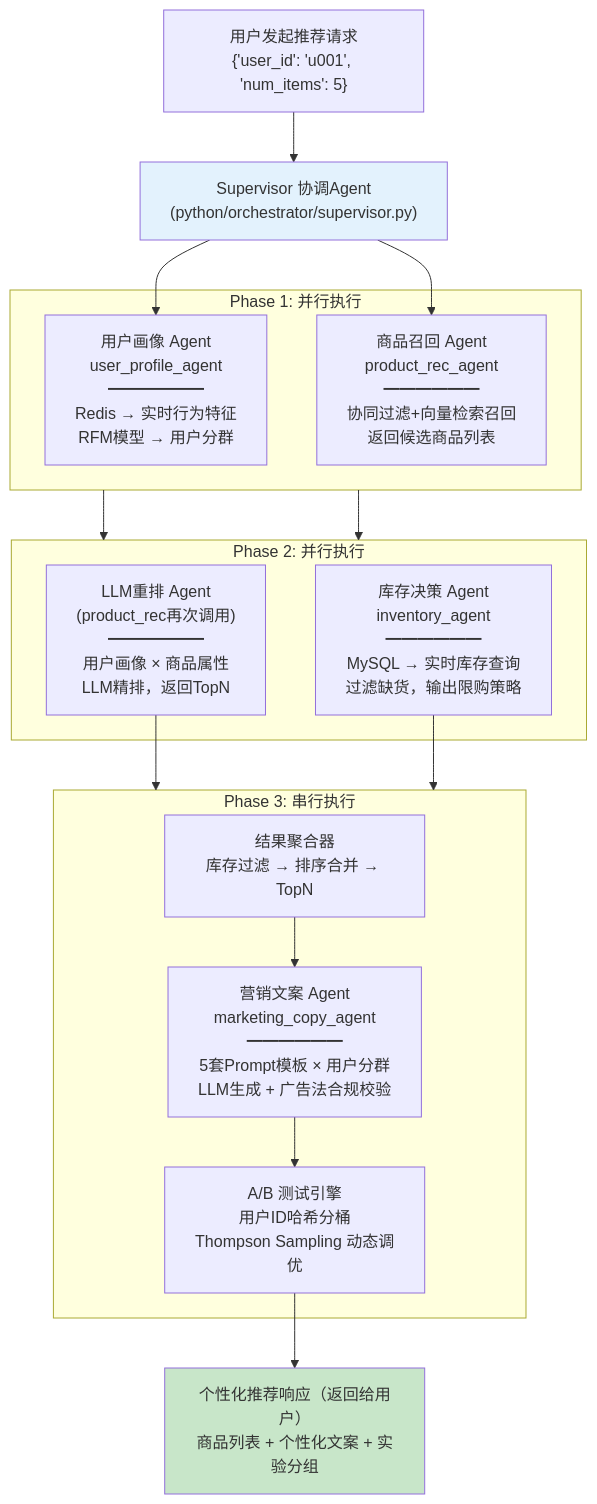
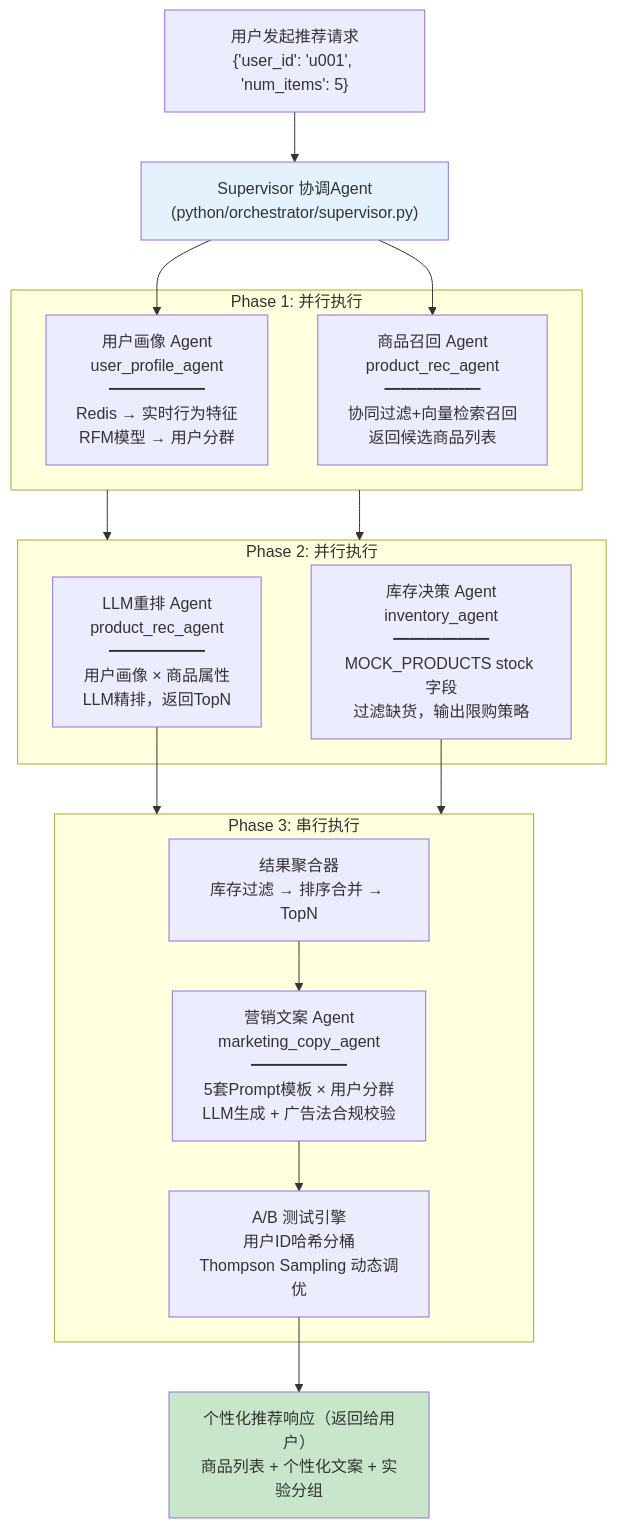
Before and after one commit to heyheyHazel/Multi-Agent-Ecommerce-System: the third of 5 diagrams in README.md, drawn with Mermaid. The commit also changed other lines of this file and 2181 other files, not shown here.

````diff
--- a/README.md
+++ b/README.md
@@ -49,35 +117,35 @@
 ```mermaid
 graph TB
     USER["用户发起推荐请求<br/>{'user_id': 'u001', 'num_items': 5}"]
     USER --> SUP["Supervisor 协调Agent<br/>(python/orchestrator/supervisor.py)"]
 
     subgraph P1["Phase 1: 并行执行"]
         PROFILE["用户画像 Agent<br/>user_profile_agent<br/>━━━━━━<br/>Redis → 实时行为特征<br/>RFM模型 → 用户分群"]
         RECALL["商品召回 Agent<br/>product_rec_agent<br/>━━━━━━<br/>协同过滤+向量检索召回<br/>返回候选商品列表"]
     end
 
     subgraph P2["Phase 2: 并行执行"]
-        RERANK["LLM重排 Agent<br/>(product_rec再次调用)<br/>━━━━━━<br/>用户画像 × 商品属性<br/>LLM精排，返回TopN"]
-        INVENTORY["库存决策 Agent<br/>inventory_agent<br/>━━━━━━<br/>MySQL → 实时库存查询<br/>过滤缺货，输出限购策略"]
+        RERANK["LLM重排 Agent<br/>product_rec_agent<br/>━━━━━━<br/>用户画像 × 商品属性<br/>LLM精排，返回TopN"]
+        INVENTORY["库存决策 Agent<br/>inventory_agent<br/>━━━━━━<br/>MOCK_PRODUCTS stock 字段<br/>过滤缺货，输出限购策略"]
     end
 
     subgraph P3["Phase 3: 串行执行"]
         AGG["结果聚合器<br/>库存过滤 → 排序合并 → TopN"]
         COPY["营销文案 Agent<br/>marketing_copy_agent<br/>━━━━━━<br/>5套Prompt模板 × 用户分群<br/>LLM生成 + 广告法合规校验"]
         AB["A/B 测试引擎<br/>用户ID哈希分桶<br/>Thompson Sampling 动态调优"]
     end
 
     SUP --> PROFILE
     SUP --> RECALL
     P1 --> P2
     P1 --> P2
     RERANK --> P3
     INVENTORY --> P3
     AGG --> COPY
     COPY --> AB
 
     AB --> RESP["个性化推荐响应（返回给用户）<br/>商品列表 + 个性化文案 + 实验分组"]
 
     style SUP fill:#e3f2fd
     style RESP fill:#c8e6c9
 ```
````
